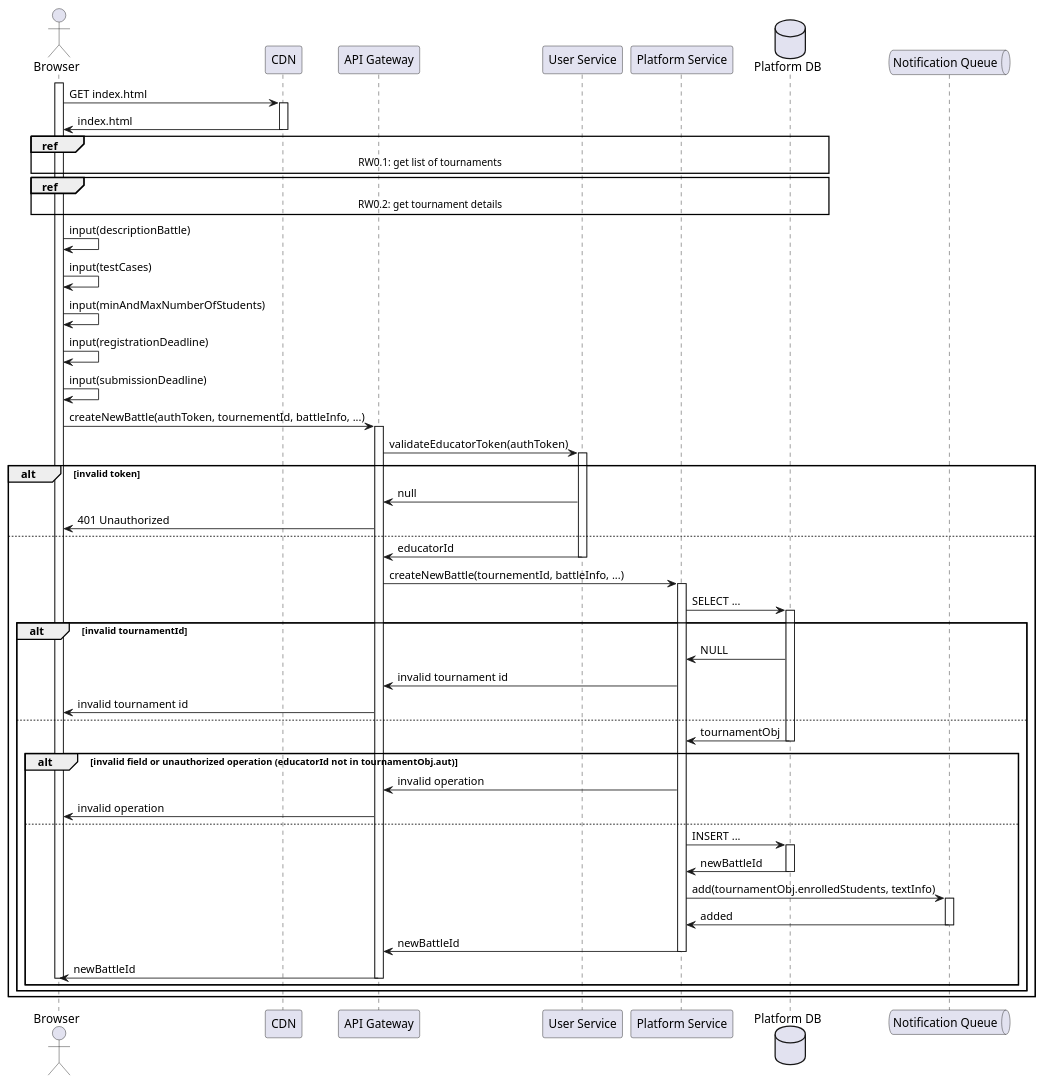
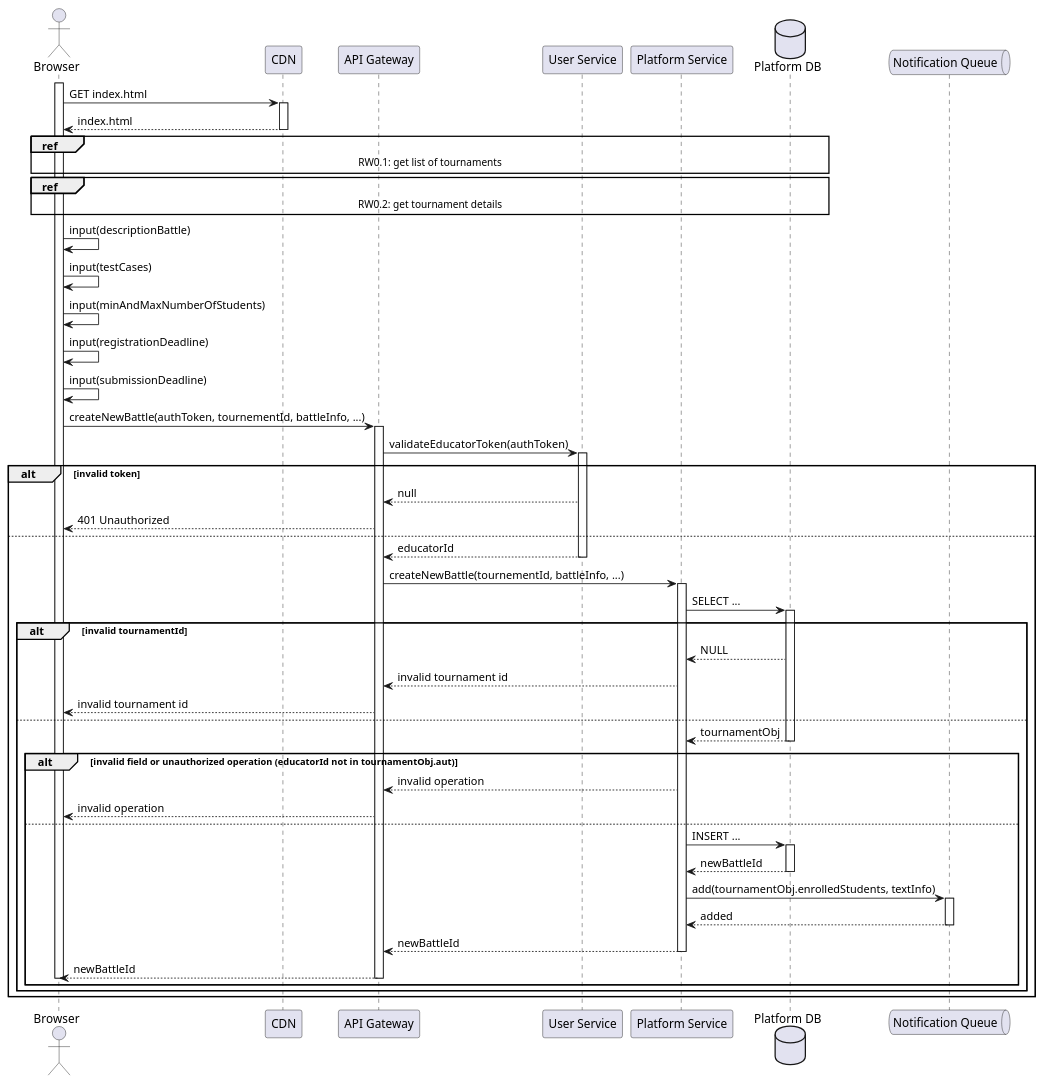
The diagram in dd/puml/rw3.puml (Furrrlo/CodeKataBattle), drawn with PlantUML before and after one commit. The commit also changed 13 other files, not shown here.

Commit message:
Fix response dotted lines in RW seq diagrams

```diff
--- a/dd/puml/rw3.puml
+++ b/dd/puml/rw3.puml
@@ -1,62 +1,62 @@
 @startuml RW3 - Educator creates a new Battle for an Existing Tournament
 
 actor Browser
 participant CDN
 participant "API Gateway" as gateway
 participant "User Service" as auth
 
 participant "Platform Service" as platform
 database "Platform DB" as platformDb
 
 queue  "Notification Queue" as notificationQueue
 
 activate Browser
 Browser -> CDN ++ : GET index.html
-Browser <- CDN -- : index.html
+Browser <-- CDN -- : index.html
 
 ref over Browser, gateway, auth, platform, platformDb: RW0.1: get list of tournaments
 ref over Browser, gateway, auth, platform, platformDb: RW0.2: get tournament details
 
 Browser -> Browser : input(descriptionBattle)
 Browser -> Browser : input(testCases)
 Browser -> Browser : input(minAndMaxNumberOfStudents)
 Browser -> Browser : input(registrationDeadline)
 Browser -> Browser : input(submissionDeadline)
 
 Browser -> gateway ++ : createNewBattle(authToken, tournementId, battleInfo, ...)
 
 gateway -> auth ++ : validateEducatorToken(authToken)
 alt invalid token
-    gateway <- auth : null
-    Browser <- gateway : 401 Unauthorized
+    gateway <-- auth : null
+    Browser <-- gateway : 401 Unauthorized
 else
-    gateway <- auth -- : educatorId
+    gateway <-- auth -- : educatorId
     gateway -> platform ++ : createNewBattle(tournementId, battleInfo, ...)
 
     platform -> platformDb ++ : SELECT ...
 
     alt invalid tournamentId
-        platform <- platformDb : NULL
-        gateway <- platform : invalid tournament id
-        Browser <- gateway : invalid tournament id
+        platform <-- platformDb : NULL
+        gateway <-- platform : invalid tournament id
+        Browser <-- gateway : invalid tournament id
     else
-        platform <- platformDb -- : tournamentObj
+        platform <-- platformDb -- : tournamentObj
 
         alt invalid field or unauthorized operation (educatorId not in tournamentObj.aut)
-            gateway <- platform : invalid operation
-            Browser <- gateway : invalid operation
+            gateway <-- platform : invalid operation
+            Browser <-- gateway : invalid operation
         else
             platform -> platformDb ++ : INSERT ...
-            platform <- platformDb -- : newBattleId
+            platform <-- platformDb -- : newBattleId
 
             platform -> notificationQueue ++ : add(tournamentObj.enrolledStudents, textInfo)
-            platform <- notificationQueue --: added
+            platform <-- notificationQueue --: added
 
-            gateway <- platform -- : newBattleId
-            Browser <- gateway -- : newBattleId
+            gateway <-- platform -- : newBattleId
+            Browser <-- gateway -- : newBattleId
             deactivate Browser
         end
     end
 end
 
 @enduml
```
